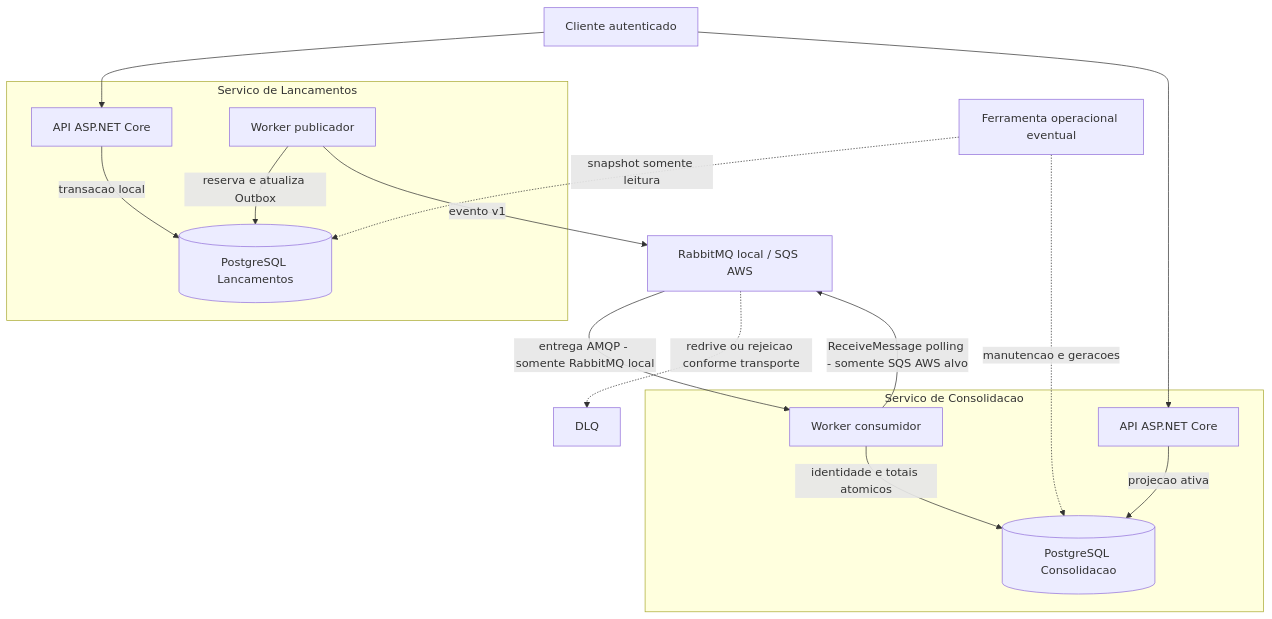
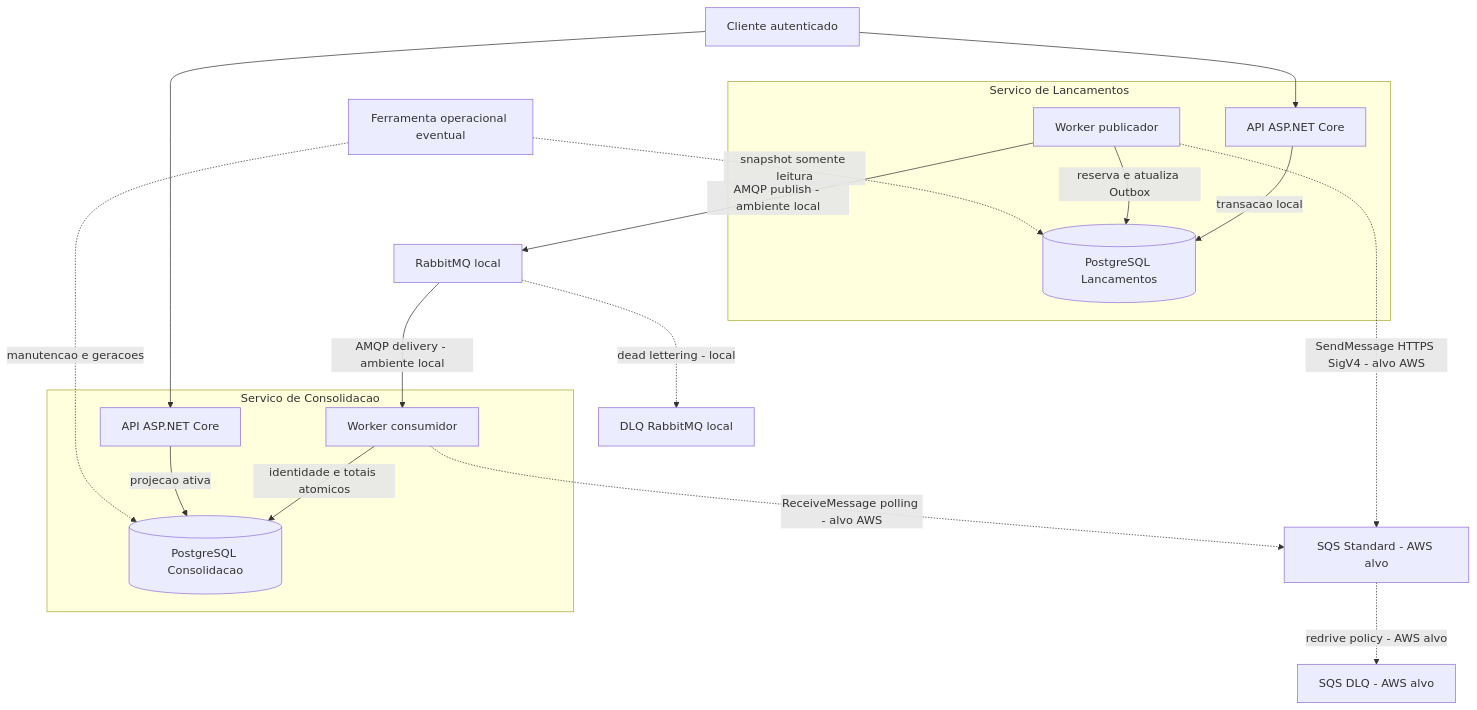
The third of 3 diagrams in docs/04-visoes/c4.md (ThiagoFerraciolli/cash-flow-architecture), drawn with Mermaid before and after one commit.

Commit message:
docs: separar explicitamente mensageria RabbitMQ local de SQS AWS no C4

````diff
--- a/docs/04-visoes/c4.md
+++ b/docs/04-visoes/c4.md
@@ -45,26 +45,28 @@
 ```mermaid
 flowchart TB
     U[Cliente autenticado]
     subgraph T[Servico de Lancamentos]
       TA[API ASP.NET Core]
       TW[Worker publicador]
       TDB[(PostgreSQL Lancamentos)]
       TA -->|transacao local| TDB
       TW -->|reserva e atualiza Outbox| TDB
     end
     subgraph C[Servico de Consolidacao]
       CA[API ASP.NET Core]
       CW[Worker consumidor]
       CDB[(PostgreSQL Consolidacao)]
       CW -->|identidade e totais atomicos| CDB
       CA -->|projecao ativa| CDB
     end
     U --> TA
     U --> CA
-    TW -->|evento v1| Q[RabbitMQ local / SQS AWS]
-    Q -->|entrega AMQP - somente RabbitMQ local| CW
-    CW -->|ReceiveMessage polling - somente SQS AWS alvo| Q
-    Q -. redrive ou rejeicao conforme transporte .-> D[DLQ]
+    TW -->|AMQP publish - ambiente local| RQ[RabbitMQ local]
+    RQ -->|AMQP delivery - ambiente local| CW
+    TW -. "SendMessage HTTPS SigV4 - alvo AWS" .-> SQ["SQS Standard - AWS alvo"]
+    CW -. "ReceiveMessage polling - alvo AWS" .-> SQ
+    RQ -. "dead lettering - local" .-> RD["DLQ RabbitMQ local"]
+    SQ -. "redrive policy - AWS alvo" .-> SD["SQS DLQ - AWS alvo"]
     R[Ferramenta operacional eventual] -. snapshot somente leitura .-> TDB
     R -. manutencao e geracoes .-> CDB
 ```
````
